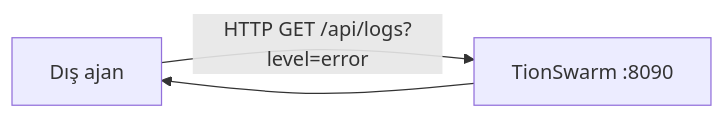
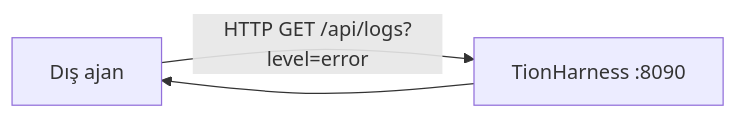
Before and after one commit to bilal-arikan/tionharness: the second of 2 diagrams in _Docs/12-LOGLAMA.md, drawn with Mermaid. The commit also changed other lines of this file and 831 other files, not shown here.

First line of the commit message:
rename: TionSwarm -> TionHarness across the whole project

````diff
--- a/_Docs/12-LOGLAMA.md
+++ b/_Docs/12-LOGLAMA.md
@@ -231,5 +231,5 @@
 ```mermaid
 graph LR
-    A[Dış ajan] -->|HTTP GET /api/logs?level=error| B[TionSwarm :8090]
+    A[Dış ajan] -->|HTTP GET /api/logs?level=error| B[TionHarness :8090]
     B --> A
 ```
````
